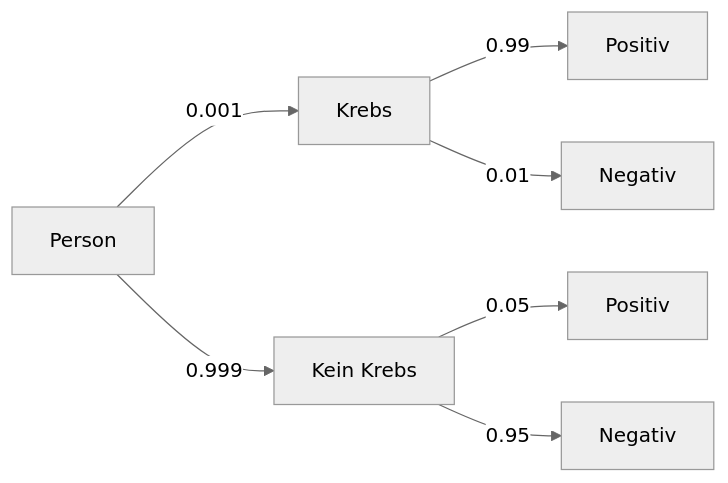
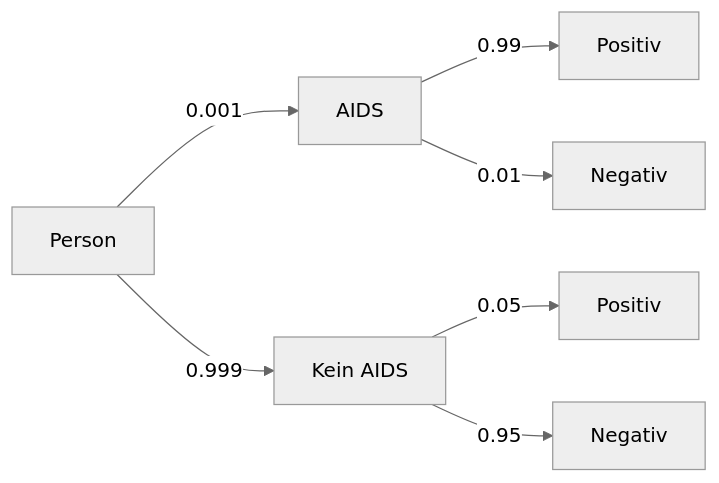
Before and after one commit to jhumci/MECH-B-4-MLDS-MLDS1: the diagram in statistics/sampling.qmd, drawn with Mermaid (neutral theme). The commit also changed other lines of this file and 1 other file, not shown here.

````diff
--- a/statistics/sampling.qmd
+++ b/statistics/sampling.qmd
@@ -593,9 +594,9 @@
 ```{mermaid}
 graph LR
-    U[Person] -->|0.001| A[Krebs] 
-    U[Person] -->|0.999| D[Kein Krebs]
-    A[Krebs] -->|0.99| B[Positiv]
-    A[Krebs] -->|0.01| C[Negativ]
-    D[Kein Krebs] -->|0.05| E[Positiv]
-    D[Kein Krebs] -->|0.95| F[Negativ]
+    U[Person] -->|0.001| A[AIDS] 
+    U[Person] -->|0.999| D[Kein AIDS]
+    A[AIDS] -->|0.99| B[Positiv]
+    A[AIDS] -->|0.01| C[Negativ]
+    D[Kein AIDS] -->|0.05| E[Positiv]
+    D[Kein AIDS] -->|0.95| F[Negativ]
 ```
````
